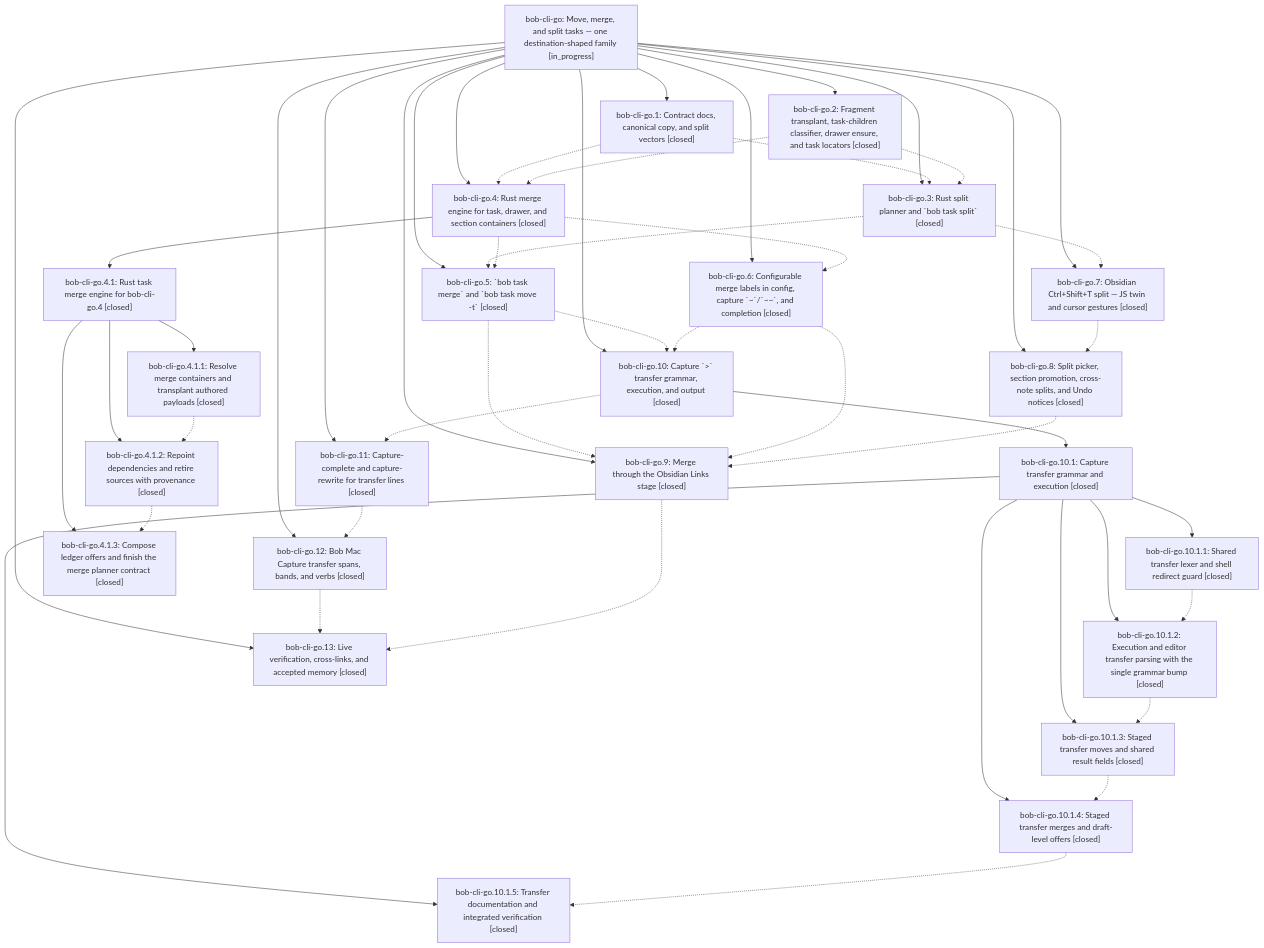
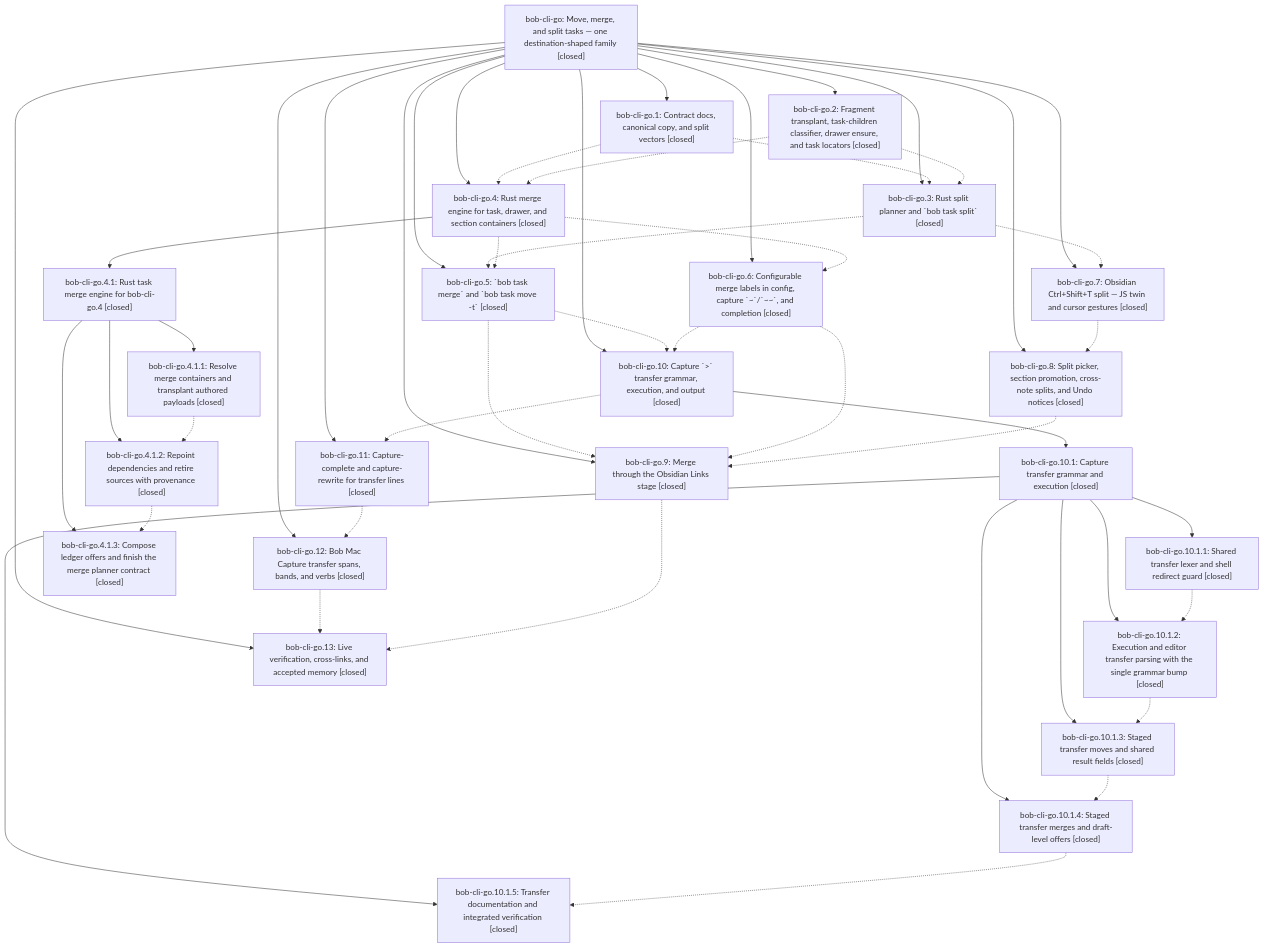
One commit to bobs-org/bob-cli--beads changed the diagram in pages/bob-cli-go/README.md. Above: the diagram before and after it, drawn with Mermaid. The commit also changed other lines of this file and 5 other files, not shown here.

First line of the commit message:
chore(beads): sync bead state and pages for bob-cli-go

````diff
--- a/pages/bob-cli-go/README.md
+++ b/pages/bob-cli-go/README.md
@@ -74,74 +78,74 @@
 ```mermaid
 flowchart TD
-    n0["bob-cli-go: Move, merge, and split tasks — one destination-shaped family [in_progress]"]
+    n0["bob-cli-go: Move, merge, and split tasks — one destination-shaped family [closed]"]
     n1["bob-cli-go.1: Contract docs, canonical copy, and split vectors [closed]"]
     n2["bob-cli-go.10: Capture `&gt;` transfer grammar, execution, and output [closed]"]
     n3["bob-cli-go.10.1: Capture transfer grammar and execution [closed]"]
     n4["bob-cli-go.10.1.1: Shared transfer lexer and shell redirect guard [closed]"]
     n5["bob-cli-go.10.1.2: Execution and editor transfer parsing with the single grammar bump [closed]"]
     n6["bob-cli-go.10.1.3: Staged transfer moves and shared result fields [closed]"]
     n7["bob-cli-go.10.1.4: Staged transfer merges and draft-level offers [closed]"]
     n8["bob-cli-go.10.1.5: Transfer documentation and integrated verification [closed]"]
     n9["bob-cli-go.11: Capture-complete and capture-rewrite for transfer lines [closed]"]
     n10["bob-cli-go.12: Bob Mac Capture transfer spans, bands, and verbs [closed]"]
     n11["bob-cli-go.13: Live verification, cross-links, and accepted memory [closed]"]
     n12["bob-cli-go.2: Fragment transplant, task-children classifier, drawer ensure, and task locators [closed]"]
     n13["bob-cli-go.3: Rust split planner and `bob task split` [closed]"]
     n14["bob-cli-go.4: Rust merge engine for task, drawer, and section containers [closed]"]
     n15["bob-cli-go.4.1: Rust task merge engine for bob-cli-go.4 [closed]"]
     n16["bob-cli-go.4.1.1: Resolve merge containers and transplant authored payloads [closed]"]
     n17["bob-cli-go.4.1.2: Repoint dependencies and retire sources with provenance [closed]"]
     n18["bob-cli-go.4.1.3: Compose ledger offers and finish the merge planner contract [closed]"]
     n19["bob-cli-go.5: `bob task merge` and `bob task move -t` [closed]"]
     n20["bob-cli-go.6: Configurable merge labels in config, capture `~`/`~~`, and completion [closed]"]
     n21["bob-cli-go.7: Obsidian Ctrl+Shift+T split — JS twin and cursor gestures [closed]"]
     n22["bob-cli-go.8: Split picker, section promotion, cross-note splits, and Undo notices [closed]"]
     n23["bob-cli-go.9: Merge through the Obsidian Links stage [closed]"]
     n0 --> n1
     n0 --> n2
     n2 --> n3
     n3 --> n4
     n3 --> n5
     n3 --> n6
     n3 --> n7
     n3 --> n8
     n0 --> n9
     n0 --> n10
     n0 --> n11
     n0 --> n12
     n0 --> n13
     n0 --> n14
     n14 --> n15
     n15 --> n16
     n15 --> n17
     n15 --> n18
     n0 --> n19
     n0 --> n20
     n0 --> n21
     n0 --> n22
     n0 --> n23
     n1 -.-> n13
     n1 -.-> n14
     n2 -.-> n9
     n4 -.-> n5
     n5 -.-> n6
     n6 -.-> n7
     n7 -.-> n8
     n9 -.-> n10
     n10 -.-> n11
     n12 -.-> n13
     n12 -.-> n14
     n13 -.-> n19
     n13 -.-> n21
     n14 -.-> n19
     n14 -.-> n20
     n16 -.-> n17
     n17 -.-> n18
     n19 -.-> n2
     n19 -.-> n23
     n20 -.-> n2
     n20 -.-> n23
     n21 -.-> n22
     n22 -.-> n23
     n23 -.-> n11
 ```
````
